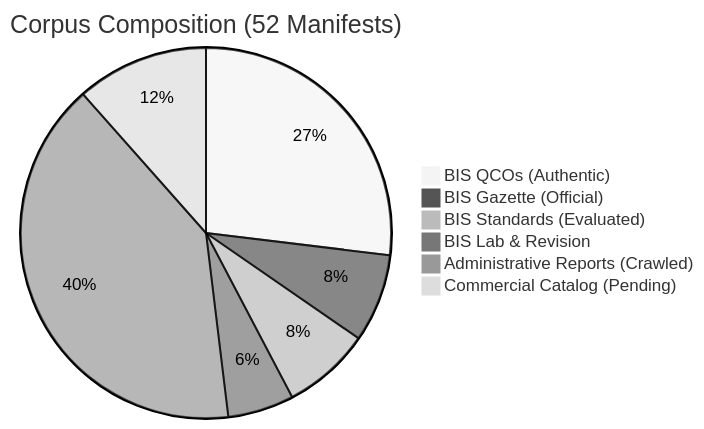
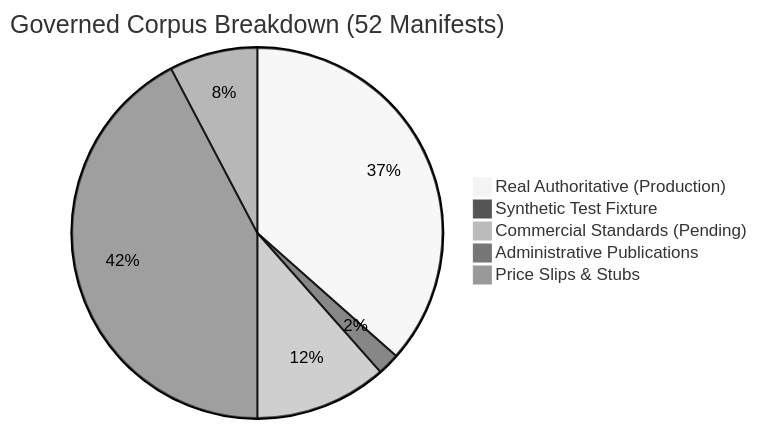
The first of 3 diagrams in docs/audit/M25_3_ACQUISITION_AUDIT.md (aid278129-cmd/GOAT), drawn with Mermaid (neutral theme) before and after one commit. The commit also changed other lines of this file and 4 other files, not shown here.

Commit message:
fix(m25.3): harden authoritative index gate, separate synthetic test fixtures, and reconcile audit metrics

````diff
--- a/docs/audit/M25_3_ACQUISITION_AUDIT.md
+++ b/docs/audit/M25_3_ACQUISITION_AUDIT.md
@@ -51,9 +80,8 @@
 ```mermaid
-pie title Corpus Composition (52 Manifests)
-    "BIS QCOs (Authentic)" : 14
-    "BIS Gazette (Official)" : 4
-    "BIS Standards (Evaluated)" : 4
-    "BIS Lab & Revision" : 3
-    "Administrative Reports (Crawled)" : 21
-    "Commercial Catalog (Pending)" : 6
+pie title Governed Corpus Breakdown (52 Manifests)
+    "Real Authoritative (Production)": 19
+    "Synthetic Test Fixture": 1
+    "Commercial Standards (Pending)": 6
+    "Administrative Publications": 22
+    "Price Slips & Stubs": 4
 ```
````
